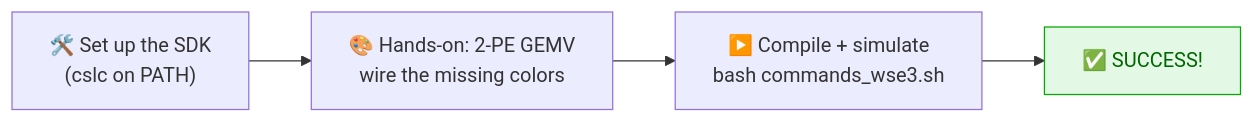
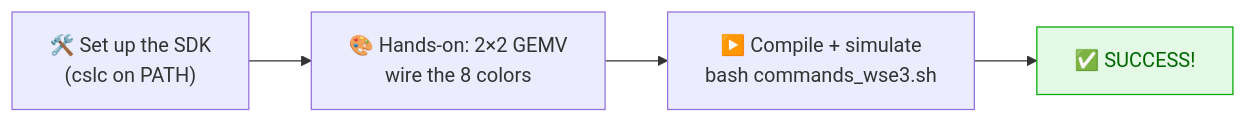
One commit to vksastry/ATPESC_MachineLearning changed the diagram in 04_AI_testbed/Cerebras/CSL/README.md. Above: the diagram before and after it, drawn with Mermaid. The commit also changed other lines of this file and 13 other files, not shown here.

First line of the commit message:
CSL hands-on: switch to 2x2 GEMV (gemv-07) - 2 colors, 8 routes

````diff
--- a/04_AI_testbed/Cerebras/CSL/README.md
+++ b/04_AI_testbed/Cerebras/CSL/README.md
@@ -66,8 +66,8 @@
 ```mermaid
 flowchart LR
-    A["🛠️ Set up the SDK<br/>(cslc on PATH)"] --> C["🎨 Hands-on: 2-PE GEMV<br/>wire the missing colors"]
+    A["🛠️ Set up the SDK<br/>(cslc on PATH)"] --> C["🎨 Hands-on: 2×2 GEMV<br/>wire the 8 colors"]
     C --> D["▶️ Compile + simulate<br/>bash commands_wse3.sh"]
     D --> E["✅ SUCCESS!"]
     classDef good fill:#e3f9e5,stroke:#00aa00,color:#006600
     class E good
 ```
````
